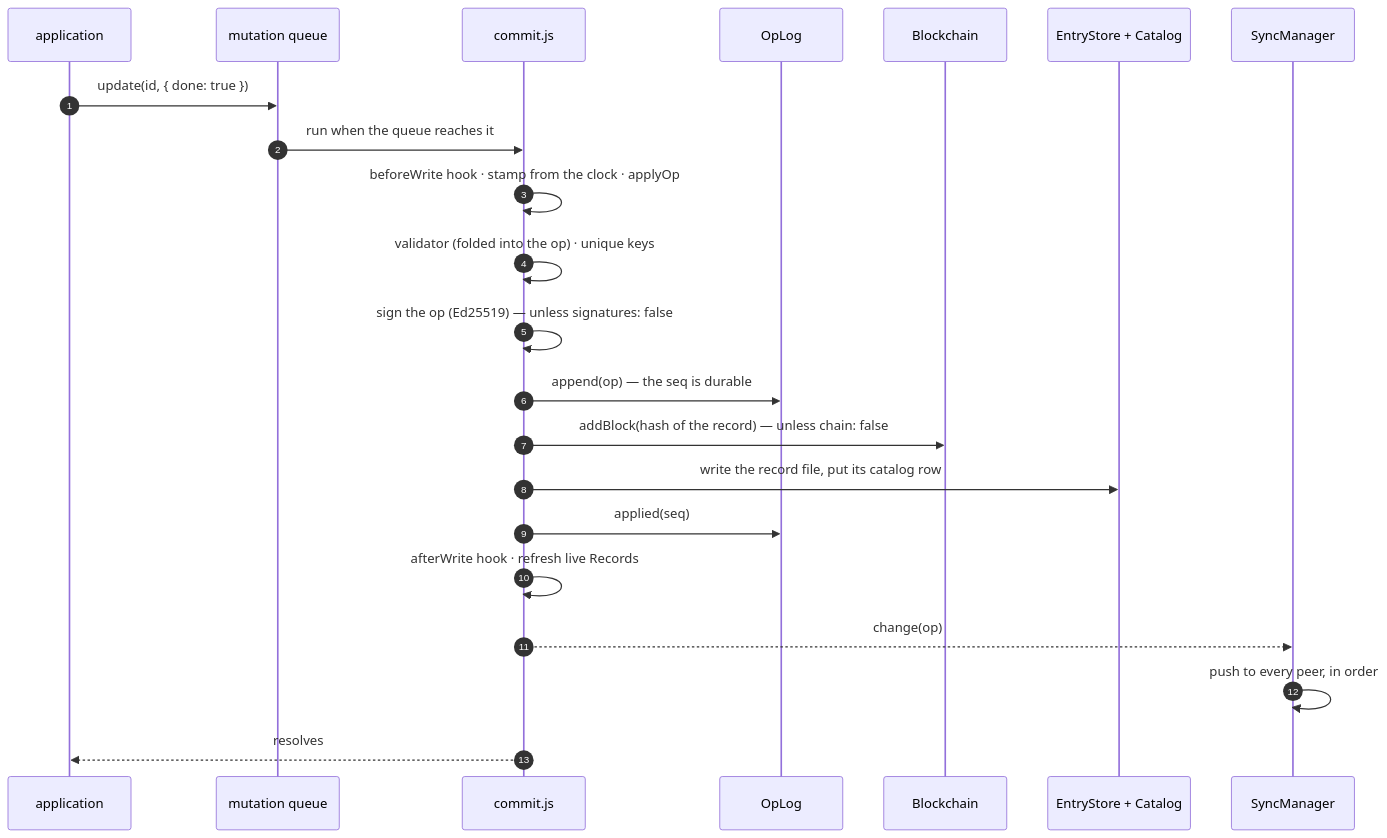
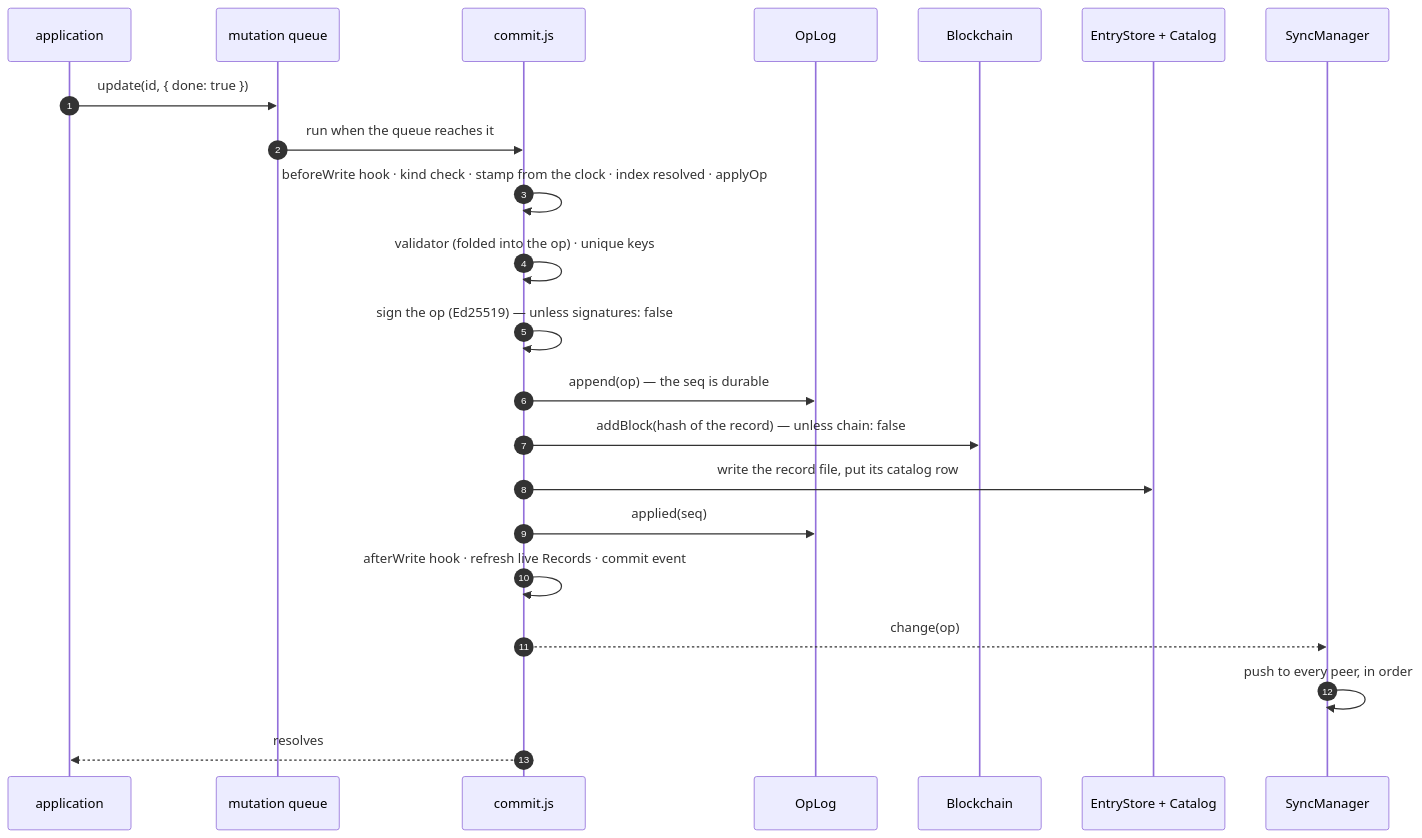
Before and after one commit to Alexis-Technologies/syncom: the second of 4 diagrams in docs/guide/architecture.md, drawn with Mermaid. The commit also changed other lines of this file and 179 other files, not shown here.

````diff
--- a/docs/guide/architecture.md
+++ b/docs/guide/architecture.md
@@ -61,24 +68,24 @@
 ```mermaid
 sequenceDiagram
   autonumber
   participant A as application
   participant Q as mutation queue
   participant C as commit.js
   participant L as OpLog
   participant B as Blockchain
   participant E as EntryStore + Catalog
   participant S as SyncManager
   A->>Q: update(id, { done: true })
   Q->>C: run when the queue reaches it
-  C->>C: beforeWrite hook · stamp from the clock · applyOp
+  C->>C: beforeWrite hook · kind check · stamp from the clock · index resolved · applyOp
   C->>C: validator (folded into the op) · unique keys
   C->>C: sign the op (Ed25519) — unless signatures: false
   C->>L: append(op) — the seq is durable
   C->>B: addBlock(hash of the record) — unless chain: false
   C->>E: write the record file, put its catalog row
   C->>L: applied(seq)
-  C->>C: afterWrite hook · refresh live Records
+  C->>C: afterWrite hook · refresh live Records · commit event
   C-->>S: change(op)
   S->>S: push to every peer, in order
   C-->>A: resolves
 ```
````
